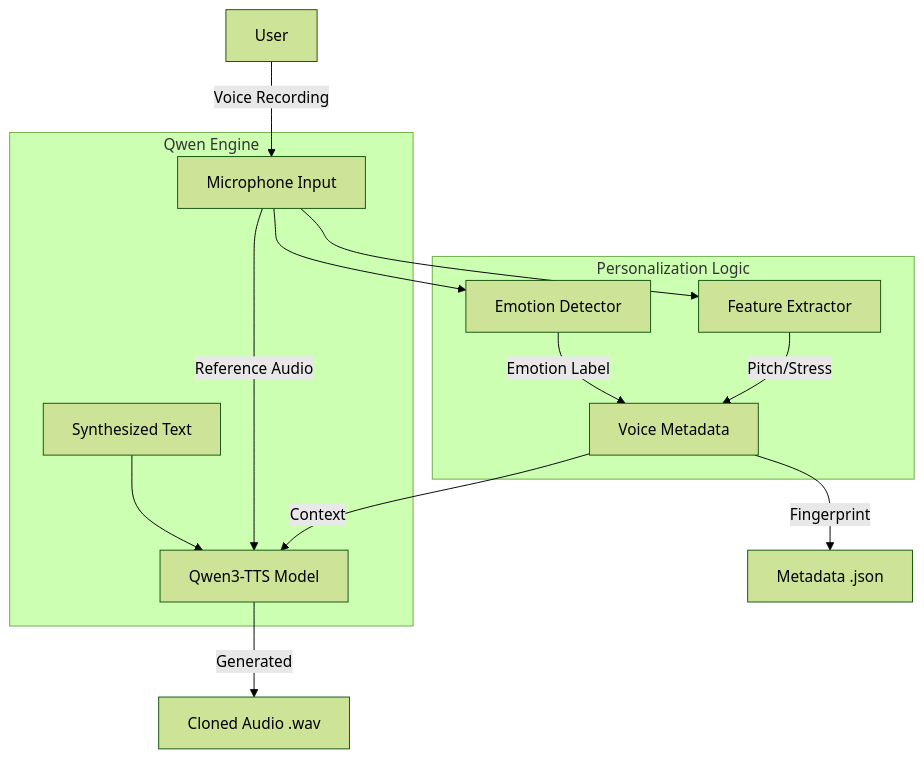
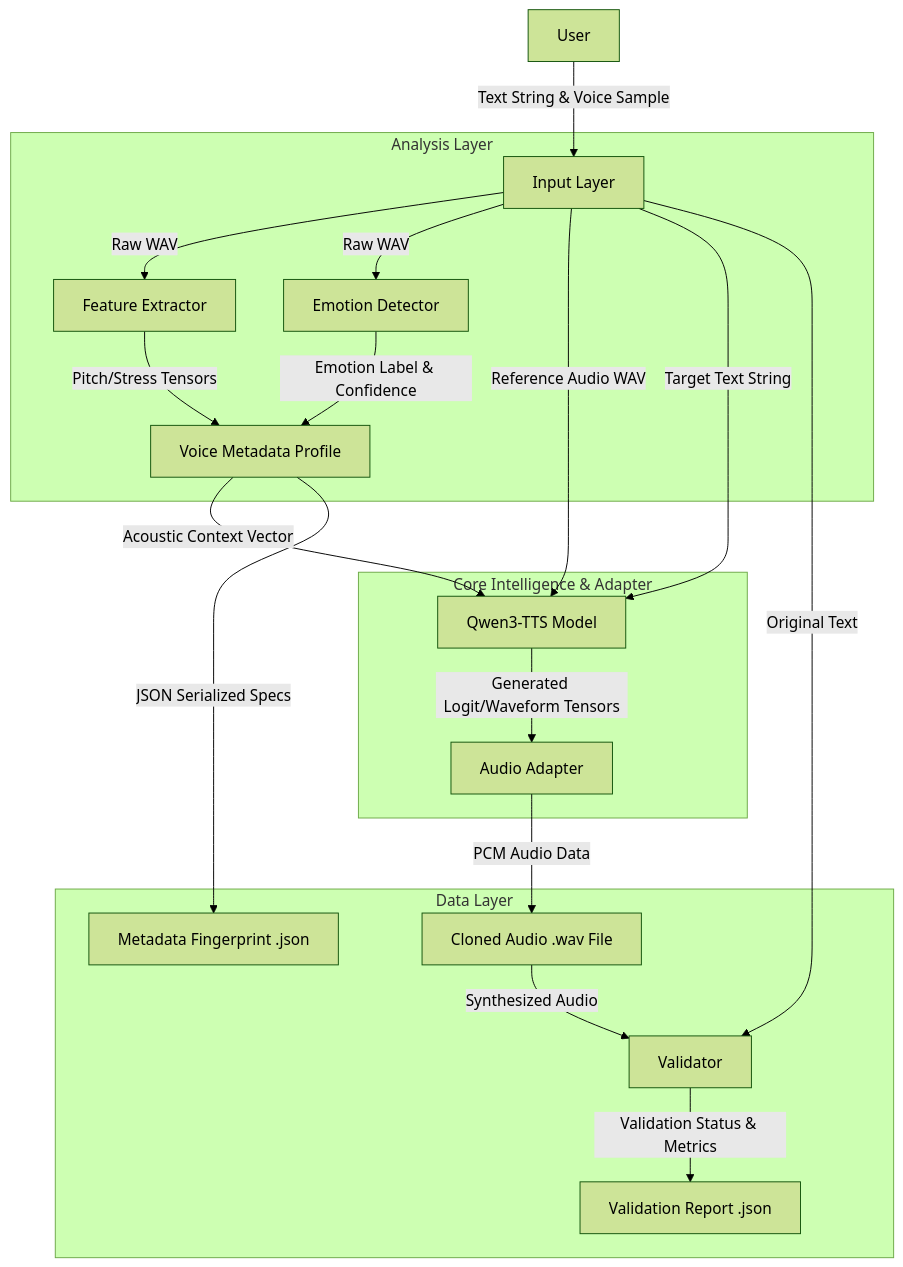
One commit to Praveen-1307/-Personalized-Speech-Learning-using-TTS changed the diagram in docs/ARCHITECTURE.md. Above: the diagram before and after it, drawn with Mermaid (forest theme). The commit also changed other lines of this file and 20 other files, not shown here.

````diff
--- a/docs/ARCHITECTURE.md
+++ b/docs/ARCHITECTURE.md
@@ -15,20 +15,26 @@
 ```mermaid
 graph TD
-    User[User] -->|Voice Recording| Mic[Microphone Input]
-    Mic --> FE[Feature Extractor]
-    Mic --> ED[Emotion Detector]
+    User[User] -->|Text String & Voice Sample| InputLayer[Input Layer]
     
-    subgraph "Personalization Logic"
-        FE -->|Pitch/Stress| Profile[Voice Metadata]
-        ED -->|Emotion Label| Profile
+    subgraph Analysis [Analysis Layer]
+        InputLayer -->|Raw WAV| FE[Feature Extractor]
+        InputLayer -->|Raw WAV| ED[Emotion Detector]
+        FE -->|Pitch/Stress Tensors| Profile[Voice Metadata Profile]
+        ED -->|Emotion Label & Confidence| Profile
     end
     
-    subgraph "Qwen Engine"
-        Profile -->|Context| Qwen[Qwen3-TTS Model]
-        Mic -->|Reference Audio| Qwen
-        Text[Synthesized Text] --> Qwen
+    subgraph Core [Core Intelligence & Adapter]
+        Profile -->|Acoustic Context Vector| Qwen[Qwen3-TTS Model]
+        InputLayer -->|Reference Audio WAV| Qwen
+        InputLayer -->|Target Text String| Qwen
+        Qwen -->|Generated Logit/Waveform Tensors| Adapter[Audio Adapter]
     end
     
-    Qwen -->|Generated| WavOut[Cloned Audio .wav]
-    Profile -->|Fingerprint| JsonOut[Metadata .json]
+    subgraph Data [Data Layer]
+        Adapter -->|PCM Audio Data| WavOut[Cloned Audio .wav File]
+        Profile -->|JSON Serialized Specs| JsonOut[Metadata Fingerprint .json]
+        WavOut -->|Synthesized Audio| Val[Validator]
+        InputLayer -->|Original Text| Val
+        Val -->|Validation Status & Metrics| ReportOut[Validation Report .json]
+    end
 ```
````
